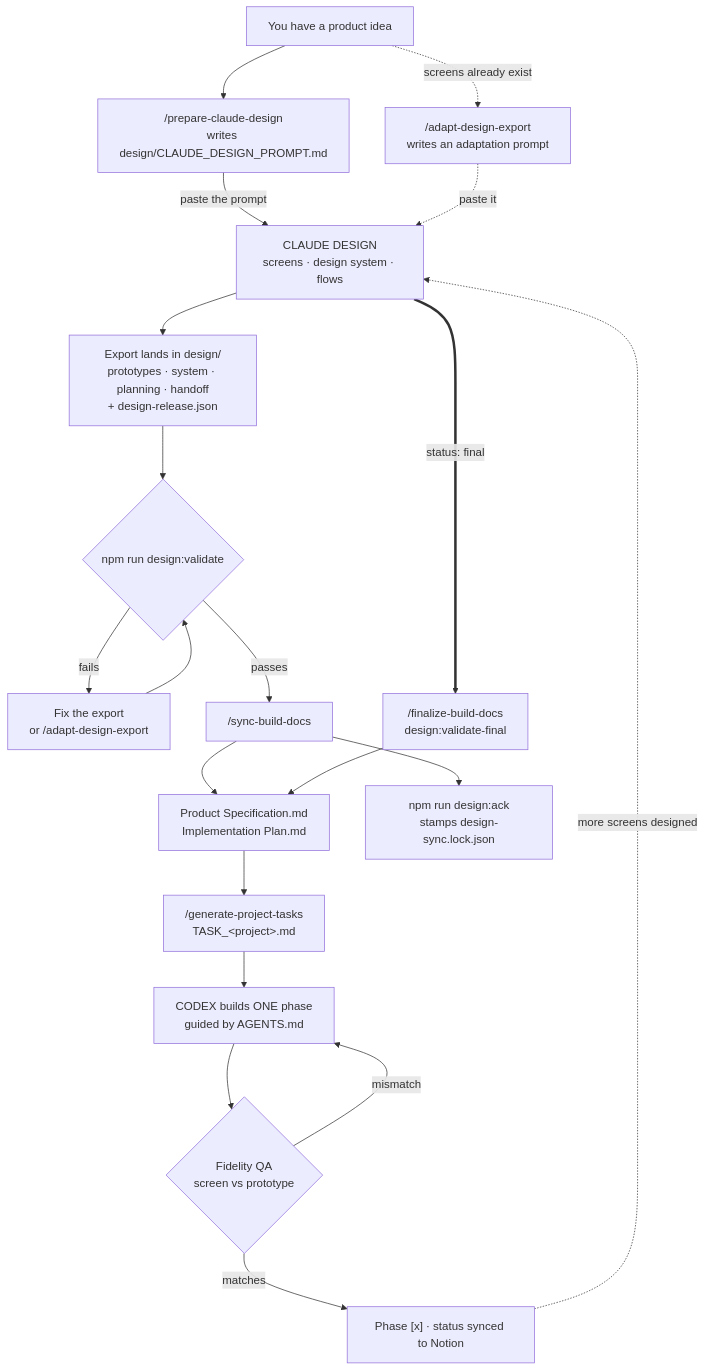
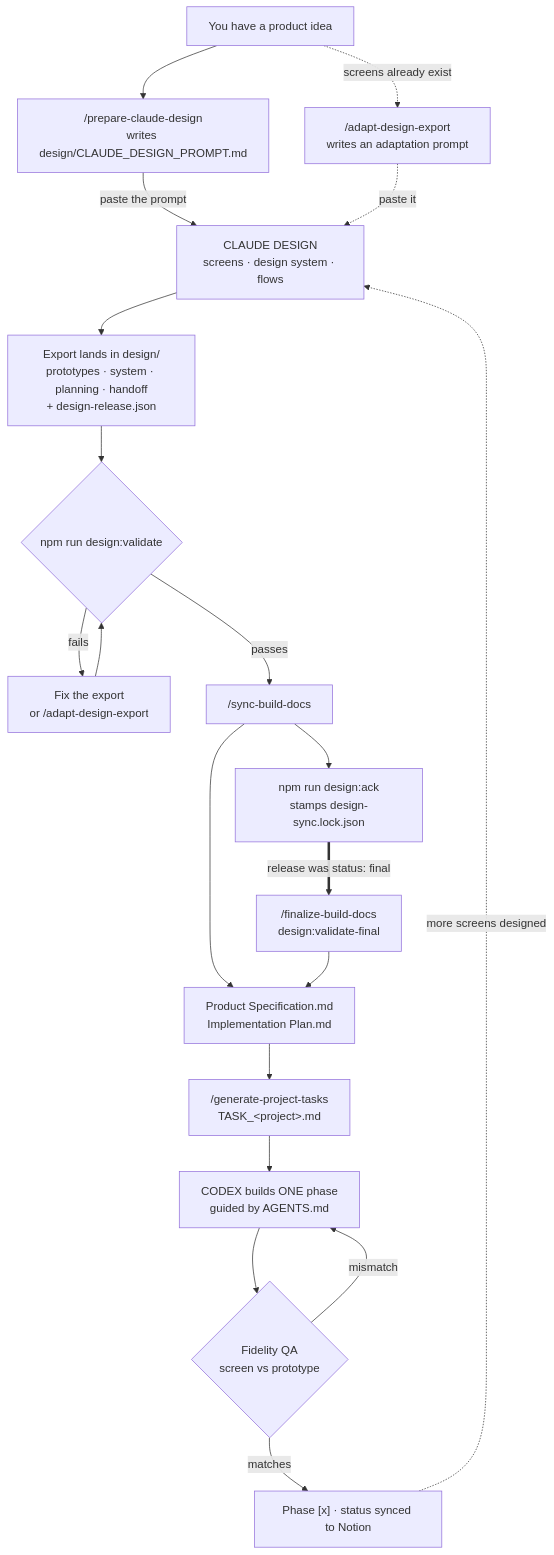
Before and after one commit to jade-kenneth/ai-media-creator: the first of 2 diagrams in docs/claude-design-flow.md, drawn with Mermaid. The commit also changed other lines of this file, not shown here.

First line of the commit message:
docs: route the final release through synchronization in the flow diagram

````diff
--- a/docs/claude-design-flow.md
+++ b/docs/claude-design-flow.md
@@ -32,30 +32,30 @@
 ```mermaid
 flowchart TD
   IDEA["You have a product idea"]
 
   IDEA --> PREP["/prepare-claude-design<br/>writes design/CLAUDE_DESIGN_PROMPT.md"]
   PREP -->|paste the prompt| CD["CLAUDE DESIGN<br/>screens · design system · flows"]
 
   IDEA -.->|screens already exist| ADAPT["/adapt-design-export<br/>writes an adaptation prompt"]
   ADAPT -.->|paste it| CD
 
   CD --> EXPORT["Export lands in design/<br/>prototypes · system · planning · handoff<br/>+ design-release.json"]
 
   EXPORT --> VAL{"npm run design:validate"}
   VAL -->|fails| FIX["Fix the export<br/>or /adapt-design-export"]
   FIX --> VAL
 
   VAL -->|passes| SYNC["/sync-build-docs"]
   SYNC --> DOCS["Product Specification.md<br/>Implementation Plan.md"]
   SYNC --> ACK["npm run design:ack<br/>stamps design-sync.lock.json"]
 
   DOCS --> TASKS["/generate-project-tasks<br/>TASK_&lt;project&gt;.md"]
   TASKS --> CODEX["CODEX builds ONE phase<br/>guided by AGENTS.md"]
   CODEX --> QA{"Fidelity QA<br/>screen vs prototype"}
   QA -->|mismatch| CODEX
   QA -->|matches| DONE["Phase [x] · status synced to Notion"]
 
   DONE -.->|more screens designed| CD
-  CD ==>|status: final| FINAL["/finalize-build-docs<br/>design:validate-final"]
+  ACK ==>|"release was status: final"| FINAL["/finalize-build-docs<br/>design:validate-final"]
   FINAL --> DOCS
 ```
````
